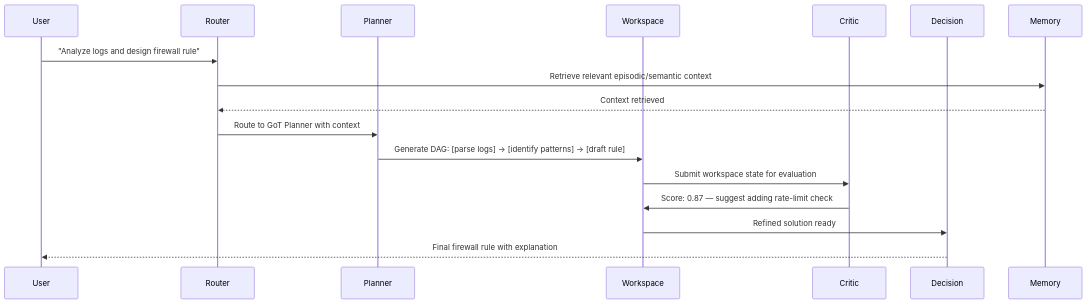
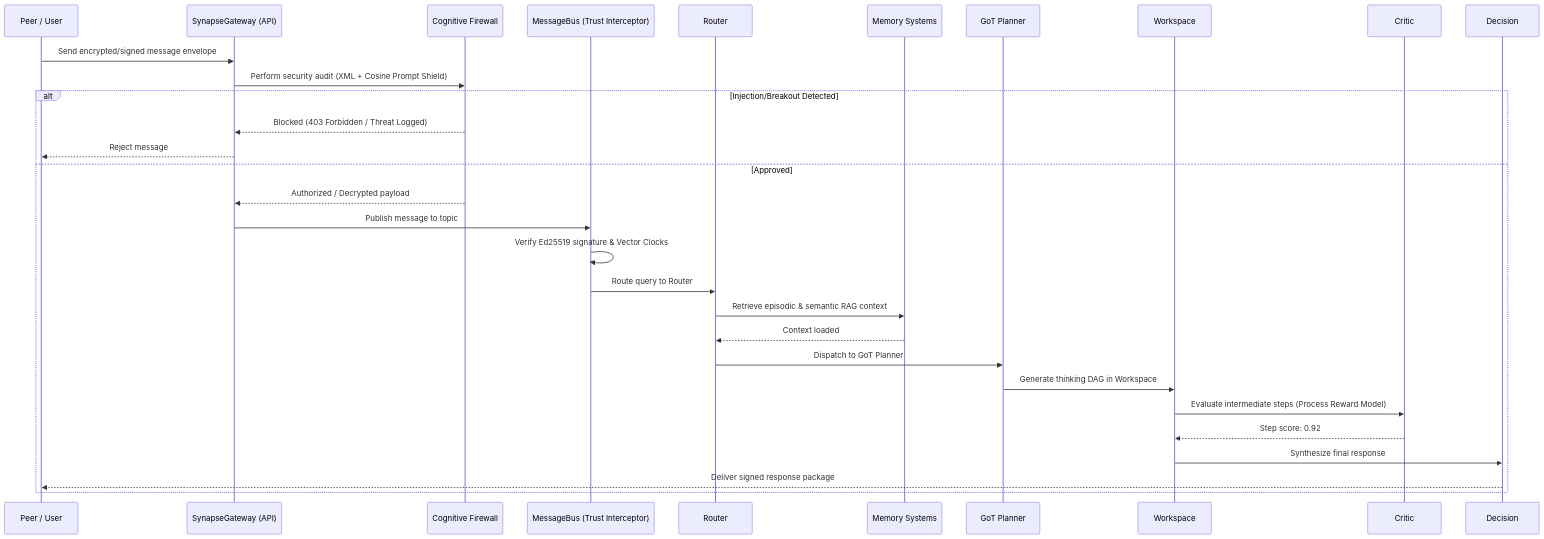
One commit to HBLLM/hbllm-core changed the second of 2 diagrams in docs/architecture/overview.md. Above: the diagram before and after it, drawn with Mermaid. The commit also changed other lines of this file and 2 other files, not shown here.

Commit message:
docs/architecture: update core architecture layered and sequence diagrams for federation layer

````diff
--- a/docs/architecture/overview.md
+++ b/docs/architecture/overview.md
@@ -118,20 +167,33 @@
 ```mermaid
 sequenceDiagram
-    participant U as User
+    participant P as Peer / User
+    participant G as SynapseGateway (API)
+    participant FW as Cognitive Firewall
+    participant B as MessageBus (Trust Interceptor)
     participant R as Router
-    participant P as Planner
+    participant M as Memory Systems
+    participant Pn as GoT Planner
     participant W as Workspace
     participant C as Critic
     participant D as Decision
-    participant M as Memory
 
-    U->>R: "Analyze logs and design firewall rule"
-    R->>M: Retrieve relevant episodic/semantic context
-    M-->>R: Context retrieved
-    R->>P: Route to GoT Planner with context
-    P->>W: Generate DAG: [parse logs] → [identify patterns] → [draft rule]
-    W->>C: Submit workspace state for evaluation
-    C->>W: Score: 0.87 — suggest adding rate-limit check
-    W->>D: Refined solution ready
-    D-->>U: Final firewall rule with explanation
+    P->>G: Send encrypted/signed message envelope
+    G->>FW: Perform security audit (XML + Cosine Prompt Shield)
+    alt Injection/Breakout Detected
+        FW-->>G: Blocked (403 Forbidden / Threat Logged)
+        G-->>P: Reject message
+    else Approved
+        FW-->>G: Authorized / Decrypted payload
+        G->>B: Publish message to topic
+        B->>B: Verify Ed25519 signature & Vector Clocks
+        B->>R: Route query to Router
+        R->>M: Retrieve episodic & semantic RAG context
+        M-->>R: Context loaded
+        R->>Pn: Dispatch to GoT Planner
+        Pn->>W: Generate thinking DAG in Workspace
+        W->>C: Evaluate intermediate steps (Process Reward Model)
+        C-->>W: Step score: 0.92
+        W->>D: Synthesize final response
+        D-->>P: Deliver signed response package
+    end
 ```
````
